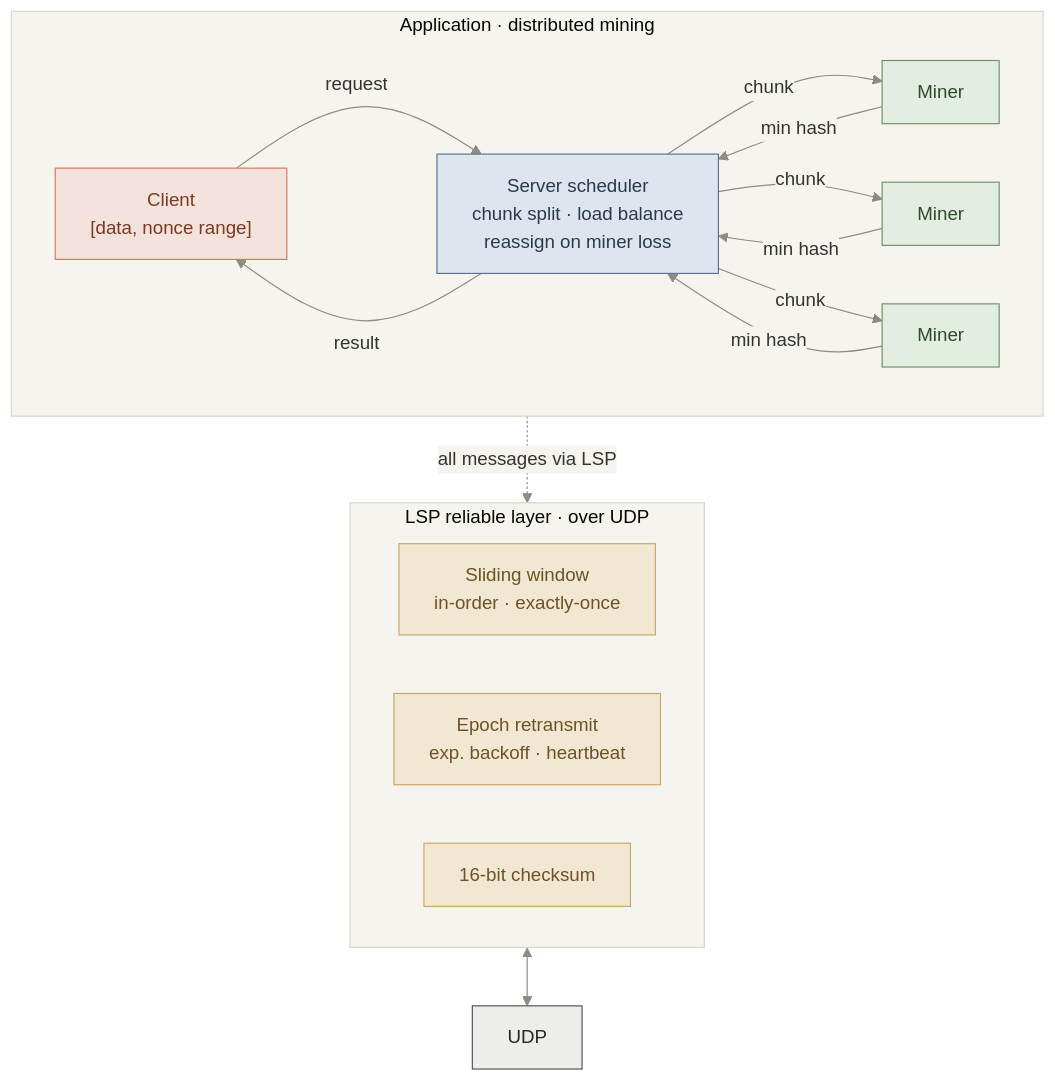
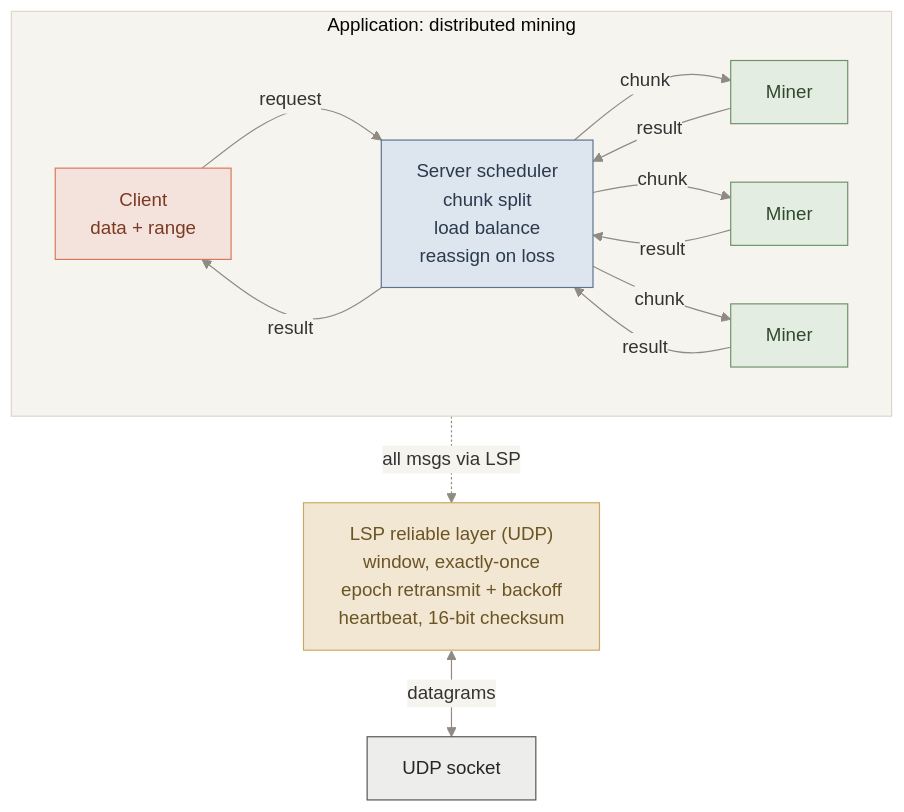
Before and after one commit to ErwinZhou/CMU-15640-25Fall: the second of 6 diagrams in README.md, drawn with Mermaid. The commit also changed other lines of this file, not shown here.

First line of the commit message:
Refine architecture diagrams: fix label clipping and layouts

````diff
--- a/README.md
+++ b/README.md
@@ -49,38 +51,33 @@
 ```mermaid
-%%{init: {"theme":"base","themeVariables":{"clusterBkg":"#f6f4ee","clusterBorder":"#dcd6c8","lineColor":"#8f8b82","edgeLabelBackground":"#f6f4ee","fontFamily":"ui-sans-serif, system-ui, sans-serif"}}}%%
+%%{init: {"theme":"base","themeVariables":{"clusterBkg":"#f6f4ee","clusterBorder":"#dcd6c8","lineColor":"#8f8b82","edgeLabelBackground":"#f6f4ee"}}}%%
 flowchart TB
-    subgraph APPL["Application · distributed mining"]
+    subgraph APPL["Application: distributed mining"]
         direction LR
-        CL["Client<br/>[data, nonce range]"]
-        SC["Server scheduler<br/>chunk split · load balance<br/>reassign on miner loss"]
+        CL["Client<br/>data + range"]
+        SC["Server scheduler<br/>chunk split<br/>load balance<br/>reassign on loss"]
         M1["Miner"]
         M2["Miner"]
         M3["Miner"]
-        CL -->|request| SC
-        SC -->|chunk| M1
-        SC -->|chunk| M2
-        SC -->|chunk| M3
-        M1 -->|min hash| SC
-        M2 -->|min hash| SC
-        M3 -->|min hash| SC
-        SC -->|result| CL
+        CL -->|"request"| SC
+        SC -->|"chunk"| M1
+        SC -->|"chunk"| M2
+        SC -->|"chunk"| M3
+        M1 -->|"result"| SC
+        M2 -->|"result"| SC
+        M3 -->|"result"| SC
+        SC -->|"result"| CL
     end
-    subgraph LSPL["LSP reliable layer · over UDP"]
-        direction LR
-        W["Sliding window<br/>in-order · exactly-once"]
-        E["Epoch retransmit<br/>exp. backoff · heartbeat"]
-        CK["16-bit checksum"]
-    end
-    SC -. "all messages via LSP" .-> W
-    LSPL <--> UDP["UDP"]
+    LSPL["LSP reliable layer (UDP)<br/>window, exactly-once<br/>epoch retransmit + backoff<br/>heartbeat, 16-bit checksum"]
+    SC -. "all msgs via LSP" .-> LSPL
+    LSPL <-->|"datagrams"| UDP["UDP socket"]
     class CL client
     class SC control
     class M1,M2,M3 data
-    class W,E,CK store
+    class LSPL store
     class UDP ink
     classDef client fill:#f4e3dc,stroke:#d97757,color:#7a3a22;
     classDef control fill:#dde5ee,stroke:#5b7290,color:#2b3a4d;
     classDef data fill:#e3ede1,stroke:#6f9068,color:#2f4a2c;
     classDef store fill:#f1e7d3,stroke:#c9a961,color:#6b5426;
     classDef ink fill:#ededec,stroke:#57534e,color:#292524;
 ```
````
